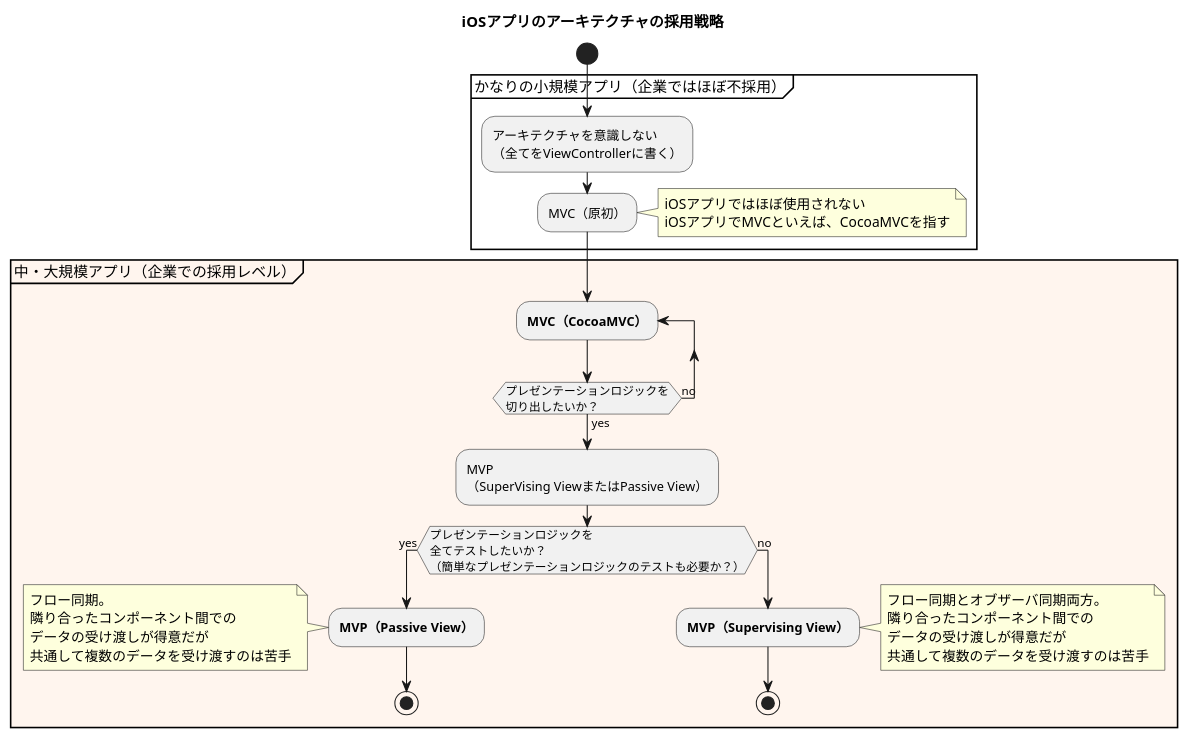
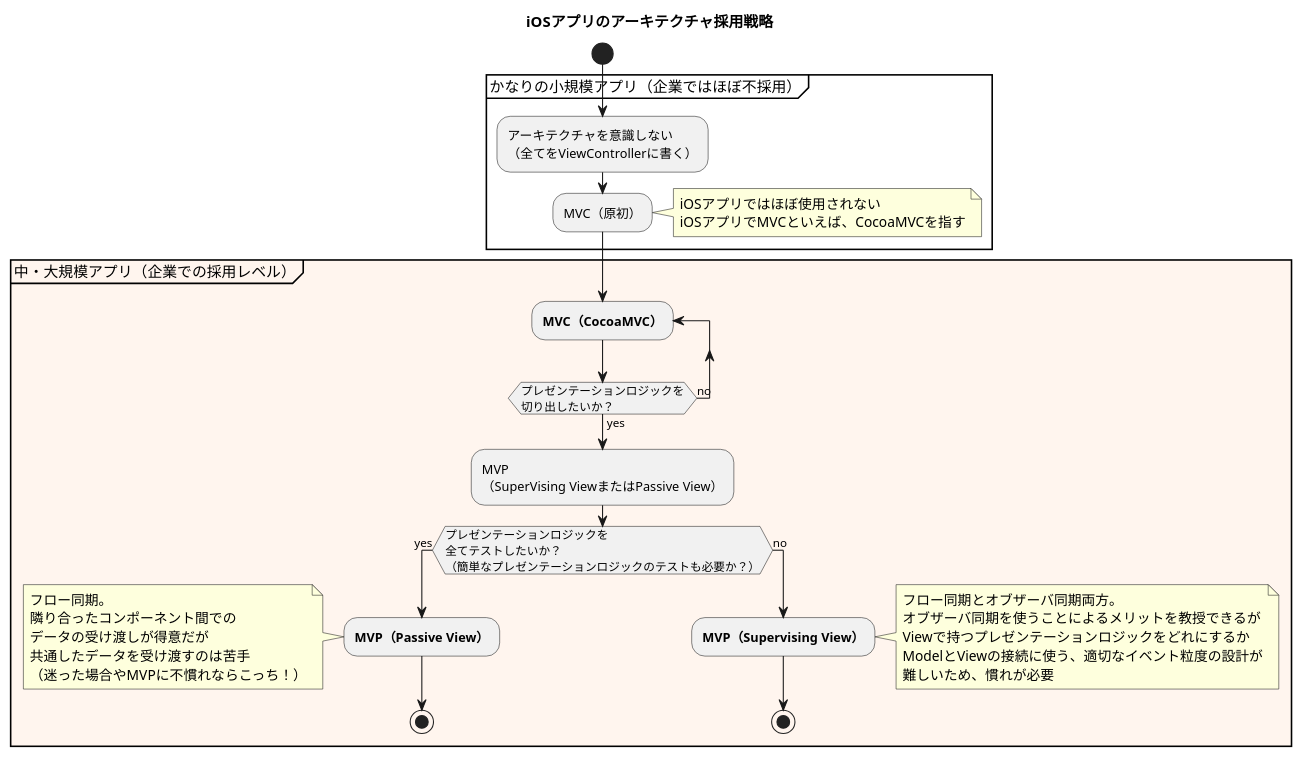
One commit to kamimi01/iOSArchitectureStudy changed the diagram in Common/allArchitecture.pu. Above: the diagram before and after it, drawn with PlantUML. The commit also changed 3 other files, not shown here.

```diff
--- a/Common/allArchitecture.pu
+++ b/Common/allArchitecture.pu
@@ -1,50 +1,48 @@
 @startuml
 
-title "iOSアプリのアーキテクチャの採用戦略"
+title "iOSアプリのアーキテクチャ採用戦略"
 
 start
 
 partition かなりの小規模アプリ（企業ではほぼ不採用） {
   :アーキテクチャを意識しない\n（全てをViewControllerに書く）;
   :MVC（原初）;
 
   note right
     iOSアプリではほぼ使用されない
     iOSアプリでMVCといえば、CocoaMVCを指す
   end note
 }
 
 partition 中・大規模アプリ（企業での採用レベル） #fff5ee {
   repeat :<b>MVC（CocoaMVC）</b>;
-  floating note right
-    ViewとModelを切り離せるが
-    ViewControllerがFatになりがち
-  end note
 
   repeat while(プレゼンテーションロジックを\n切り出したいか？) is(no) not(yes)
     :MVP\n（SuperVising ViewまたはPassive View）;
 
   if (プレゼンテーションロジックを\n全てテストしたいか？\n（簡単なプレゼンテーションロジックのテストも必要か？）) then (yes)
     :<b>MVP（Passive View）</b>;
 
     note left
       フロー同期。
       隣り合ったコンポーネント間での
       データの受け渡しが得意だが
-      共通して複数のデータを受け渡すのは苦手
+      共通したデータを受け渡すのは苦手
+      （迷った場合やMVPに不慣れならこっち！）
     end note
     stop
   else (no)
     :<b>MVP（Supervising View）</b>;
 
     note right
       フロー同期とオブザーバ同期両方。
-      隣り合ったコンポーネント間での
-      データの受け渡しが得意だが
-      共通して複数のデータを受け渡すのは苦手
+      オブザーバ同期を使うことによるメリットを教授できるが
+      Viewで持つプレゼンテーションロジックをどれにするか
+      ModelとViewの接続に使う、適切なイベント粒度の設計が
+      難しいため、慣れが必要
     end note
     stop
   endif
 }
 
 @enduml
```
